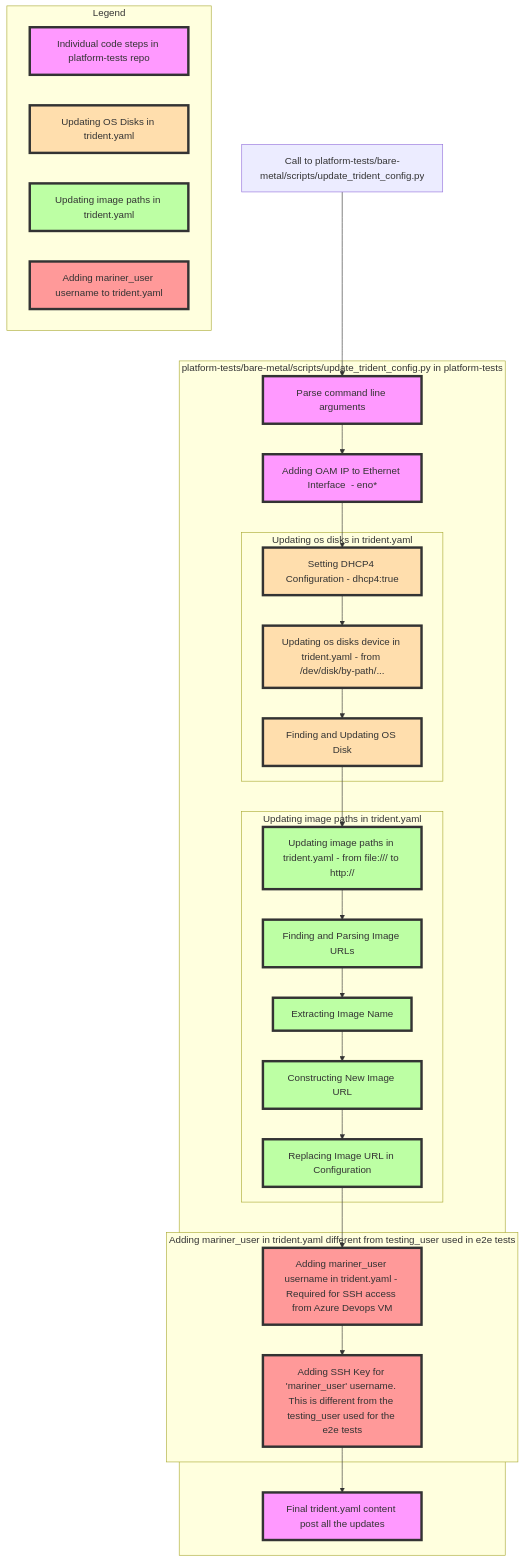
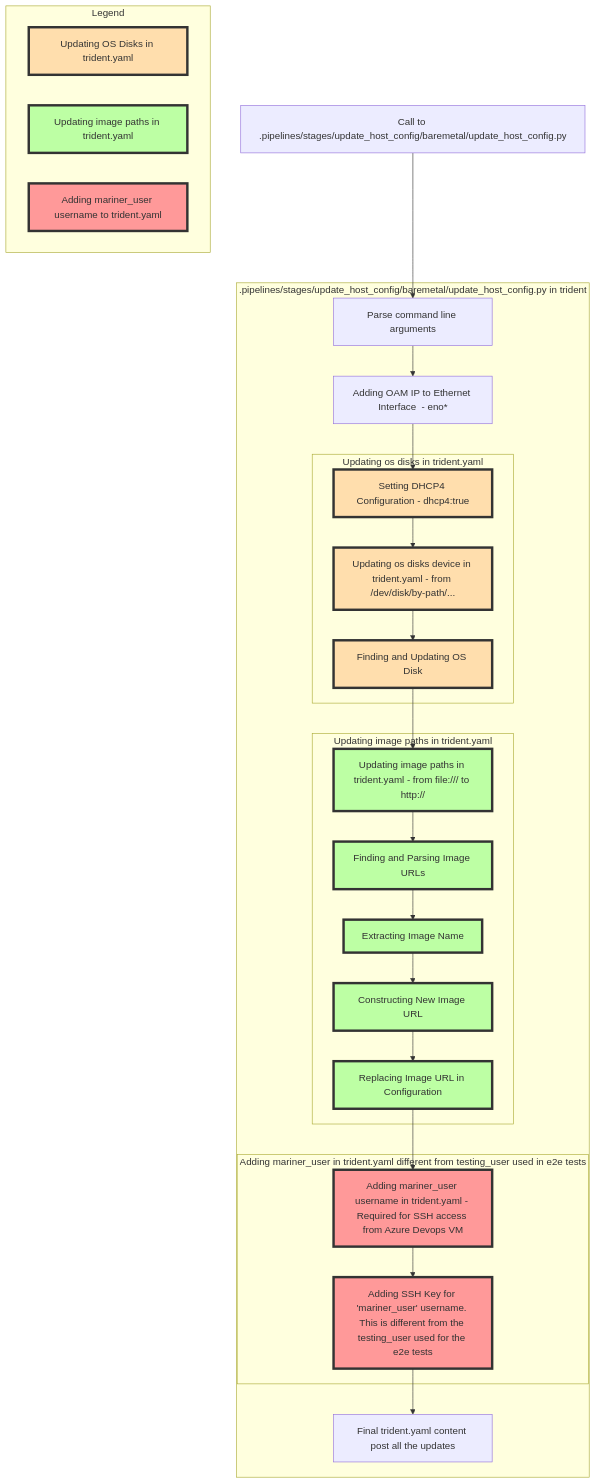
One commit to microsoft/trident changed the diagram in dev-docs/diagrams/update-trident-yaml.mmd. Above: the diagram before and after it, drawn with Mermaid. The commit also changed 13 other files, not shown here.

```diff
--- a/dev-docs/diagrams/update-trident-yaml.mmd
+++ b/dev-docs/diagrams/update-trident-yaml.mmd
@@ -1,41 +1,37 @@
 graph TD;
     classDef Red fill:#FF9999,stroke:#333,stroke-width:4px;
     classDef Amber fill:#FFDEAD,stroke:#333,stroke-width:4px;
     classDef Green fill:#BDFFA4,stroke:#333,stroke-width:4px;
-    classDef Purple fill:#f9f,stroke:#333,stroke-width:4px;
-    A[Call to platform-tests/bare-metal/scripts/update_trident_config.py] --> B[Parse command line arguments];
-    subgraph platform-tests/bare-metal/scripts/update_trident_config.py in platform-tests
+    A[Call to .pipelines/stages/update_host_config/baremetal/update_host_config.py] --> B[Parse command line arguments];
+    subgraph .pipelines/stages/update_host_config/baremetal/update_host_config.py in trident
       B --> C[Adding OAM IP to Ethernet Interface  - eno*]
       C --> D[Setting DHCP4 Configuration - dhcp4:true];
       subgraph Updating os disks in trident.yaml
         D --> E[Updating os disks device in trident.yaml - from /dev/disk/by-path/...];
         E --> F[Finding and Updating OS Disk];
       end
       subgraph Updating image paths in trident.yaml
         F --> G[Updating image paths in trident.yaml - from file:/// to http://];
         G --> H[Finding and Parsing Image URLs];
         H --> I[Extracting Image Name];
         I --> J[Constructing New Image URL];
         J --> K[Replacing Image URL in Configuration];
       end
       subgraph Adding mariner_user in trident.yaml different from testing_user used in e2e tests
         K --> L[Adding mariner_user username in trident.yaml - Required for SSH access from Azure Devops VM];
         L --> M[Adding SSH Key for 'mariner_user' username. This is different from the testing_user used for the e2e tests];
       end
       M --> N[Final trident.yaml content post all the updates];
       class D,E,F Amber;
       class G,H,I,J,K Green;
       class L,M Red;
-      class B,C,N Purple;
     end
     subgraph Legend
         direction LR
-        LE1[Individual code steps in platform-tests repo]
         LE2[Updating OS Disks in trident.yaml]
         LE3[Updating image paths in trident.yaml]
         LE4[Adding mariner_user username to trident.yaml]
-        class LE1 Purple;
         class LE2 Amber;
         class LE3 Green;
         class LE4 Red;
     end
```
